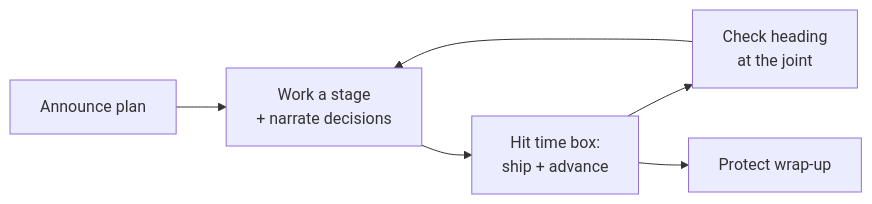
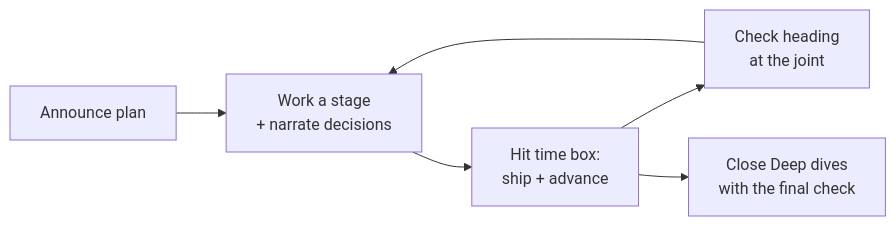
The second of 2 diagrams in low-level-design/08-time-boxing-and-thinking-aloud.md (Anilinfo2015/anilinfo2015.github.io), drawn with Mermaid before and after one commit. The commit also changed other lines of this file and 109 other files, not shown here.

````diff
--- a/low-level-design/08-time-boxing-and-thinking-aloud.md
+++ b/low-level-design/08-time-boxing-and-thinking-aloud.md
@@ -87,8 +92,8 @@
 ```mermaid
 flowchart LR
     A[Announce plan] --> B[Work a stage<br/>+ narrate decisions]
     B --> C[Hit time box:<br/>ship + advance]
     C --> D[Check heading<br/>at the joint]
     D --> B
-    C --> E[Protect wrap-up]
+    C --> E[Close Deep dives<br/>with the final check]
 ```
````
